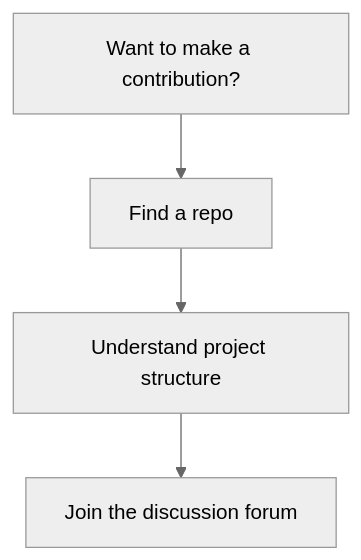
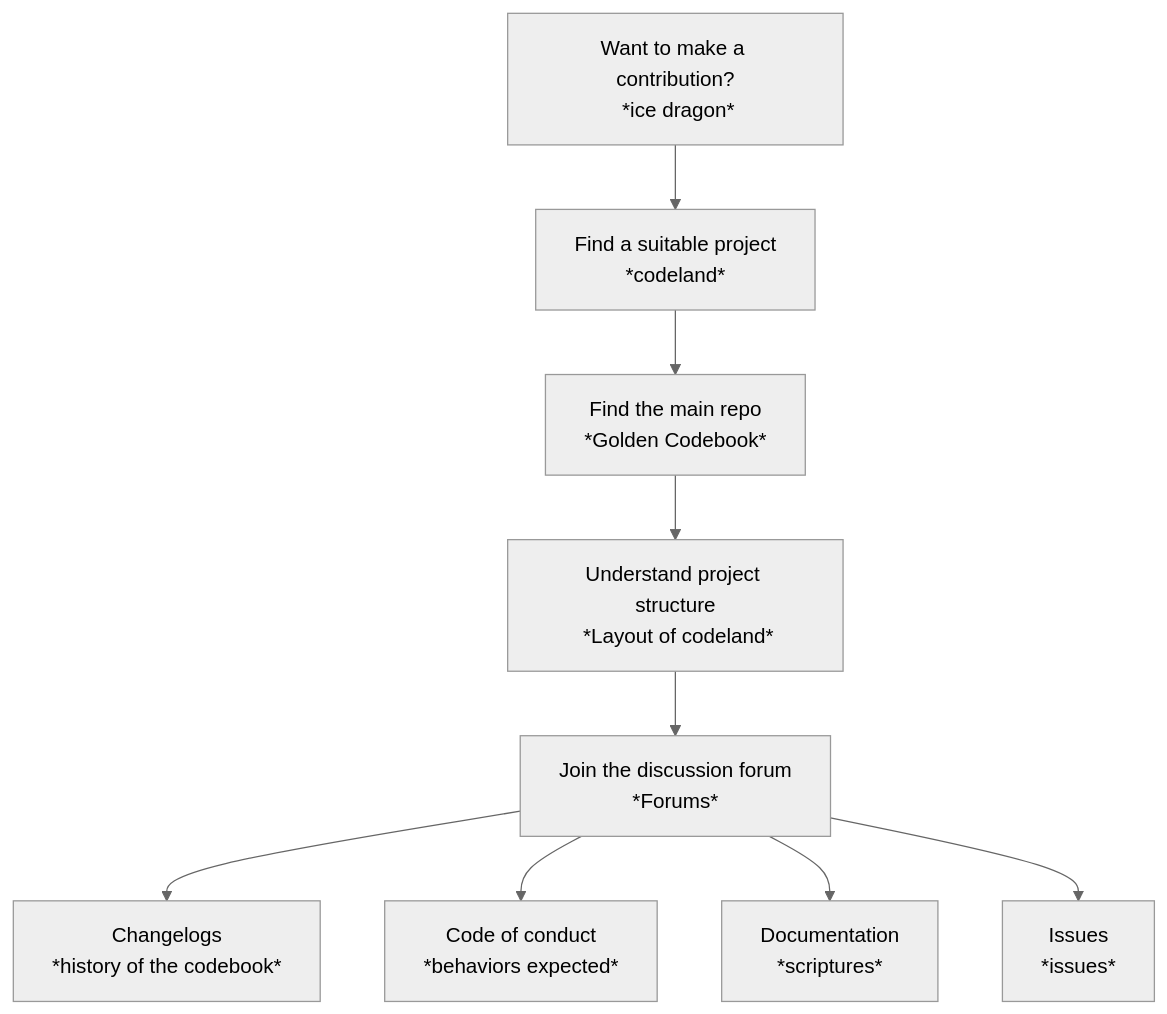
One commit to Prashant528/sample_story_for_storytelling changed the second of 8 diagrams in docs/graphs_kitty.md. Above: the diagram before and after it, drawn with Mermaid (neutral theme). The commit also changed other lines of this file and 13 other files, not shown here.

Commit message:
Modified the graph

````diff
--- a/docs/graphs_kitty.md
+++ b/docs/graphs_kitty.md
@@ -20,7 +18,14 @@
 ```mermaid
 graph TD
-A[Want to make a contribution?]
-A --> B[Find a repo]
-B --> C[Understand project structure] 
-C --> D[Join the discussion forum]
+
+A[Want to make a contribution?\n *ice dragon*]
+A --> N[Find a suitable project\n *codeland*]
+N --> B[Find the main repo \n *Golden Codebook*]
+B --> C[Understand project structure\n *Layout of codeland*] 
+C --> D[Join the discussion forum \n *Forums*]
+D --> E[Changelogs \n *history of the codebook*]
+D --> F[Code of conduct \n *behaviors expected*]
+D --> G[Documentation \n *scriptures* ]
+D --> H[Issues \n *issues*]
+
 ```
````
